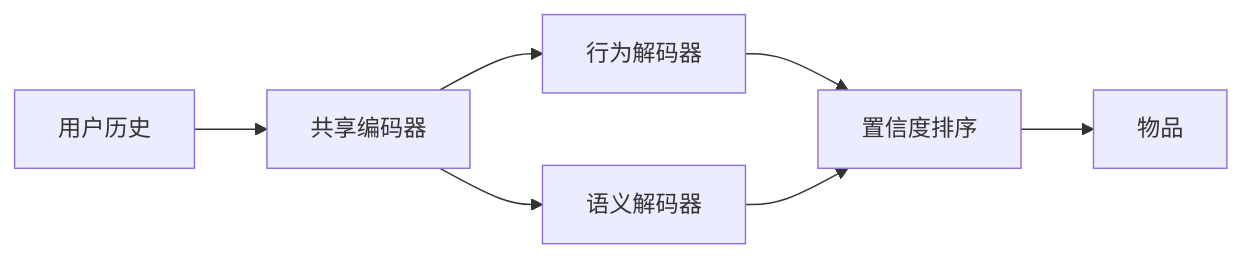
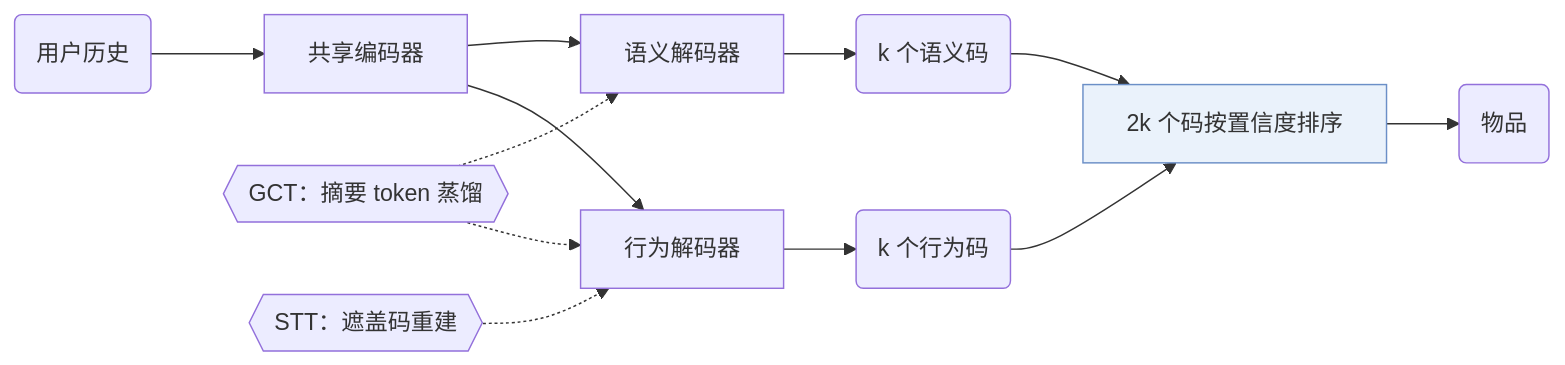
One commit to Galaxy-ghost/Awesome-SID-Generative-Rec changed the diagram in notes/zh/eager.md. Above: the diagram before and after it, drawn with Mermaid. The commit also changed 521 other files, not shown here.

Commit message:
writer-04 part 3: algorithm diagrams with shared shape conventions, README hero and paper cards, archive removed

````diff
--- a/notes/zh/eager.md
+++ b/notes/zh/eager.md
@@ -14,9 +14,15 @@
 ```mermaid
 flowchart LR
-    A[用户历史] --> B[共享编码器]
-    B --> C[行为解码器]
-    B --> D[语义解码器]
-    C --> E[置信度排序]
-    D --> E
-    E --> F[物品]
+    A("用户历史") --> B["共享编码器"]
+    B --> C["行为解码器"]
+    B --> D["语义解码器"]
+    C --> E("k 个行为码")
+    D --> F("k 个语义码")
+    E --> G["2k 个码按置信度排序"]:::key
+    F --> G
+    G --> H("物品")
+    L1{{"GCT：摘要 token 蒸馏"}} -.-> C
+    L1 -.-> D
+    L2{{"STT：遮盖码重建"}} -.-> C
+    classDef key fill:#eaf2fb,stroke:#6b8fc7
 ```
````
